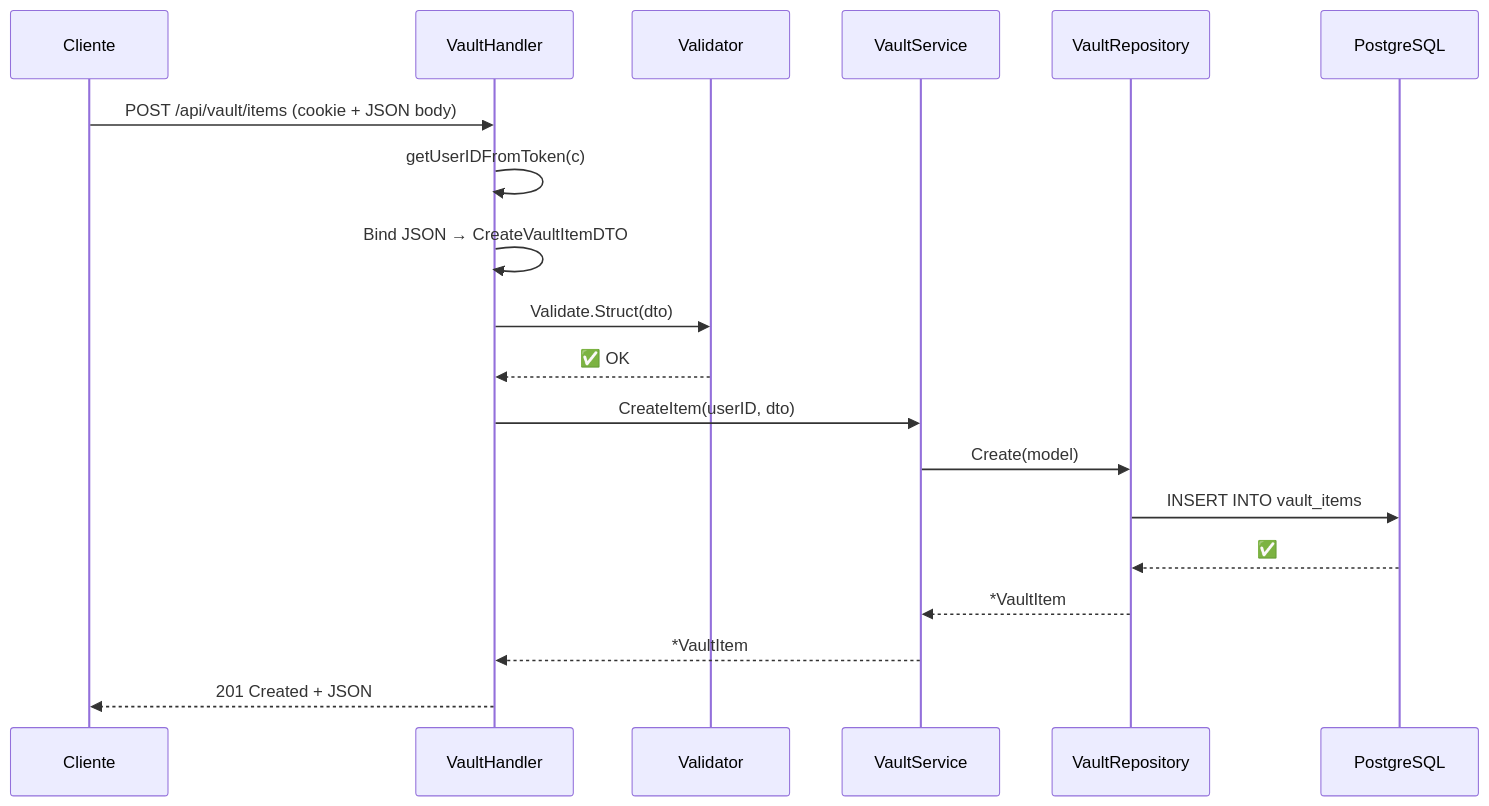
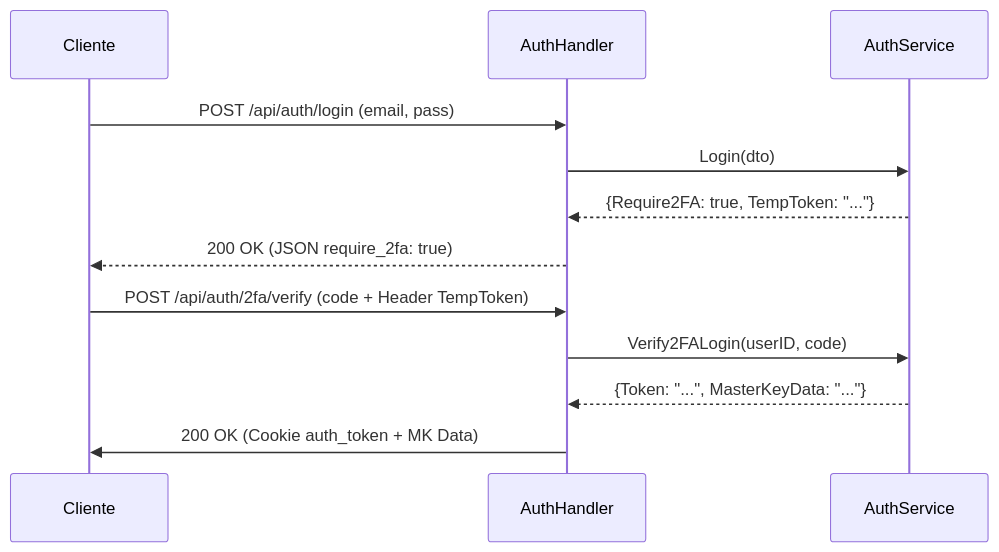
The diagram in internal/handlers/README.md (Giankrp/AlcatrazBack), drawn with Mermaid before and after one commit. The commit also changed other lines of this file and 6 other files, not shown here.

Commit message:
docs: update and standardize architectural documentation for Zero Knowledge models and API routes

````diff
--- a/internal/handlers/README.md
+++ b/internal/handlers/README.md
@@ -113,22 +96,16 @@
 ```mermaid
 sequenceDiagram
     participant C as Cliente
-    participant H as VaultHandler
-    participant V as Validator
-    participant S as VaultService
-    participant R as VaultRepository
-    participant DB as PostgreSQL
-
-    C->>H: POST /api/vault/items (cookie + JSON body)
-    H->>H: getUserIDFromToken(c)
-    H->>H: Bind JSON → CreateVaultItemDTO
-    H->>V: Validate.Struct(dto)
-    V-->>H: ✅ OK
-    H->>S: CreateItem(userID, dto)
-    S->>R: Create(model)
-    R->>DB: INSERT INTO vault_items
-    DB-->>R: ✅
-    R-->>S: *VaultItem
-    S-->>H: *VaultItem
-    H-->>C: 201 Created + JSON
+    participant H as AuthHandler
+    participant S as AuthService
+    
+    C->>H: POST /api/auth/login (email, pass)
+    H->>S: Login(dto)
+    S-->>H: {Require2FA: true, TempToken: "..."}
+    H-->>C: 200 OK (JSON require_2fa: true)
+    
+    C->>H: POST /api/auth/2fa/verify (code + Header TempToken)
+    H->>S: Verify2FALogin(userID, code)
+    S-->>H: {Token: "...", MasterKeyData: "..."}
+    H->>C: 200 OK (Cookie auth_token + MK Data)
 ```
````
